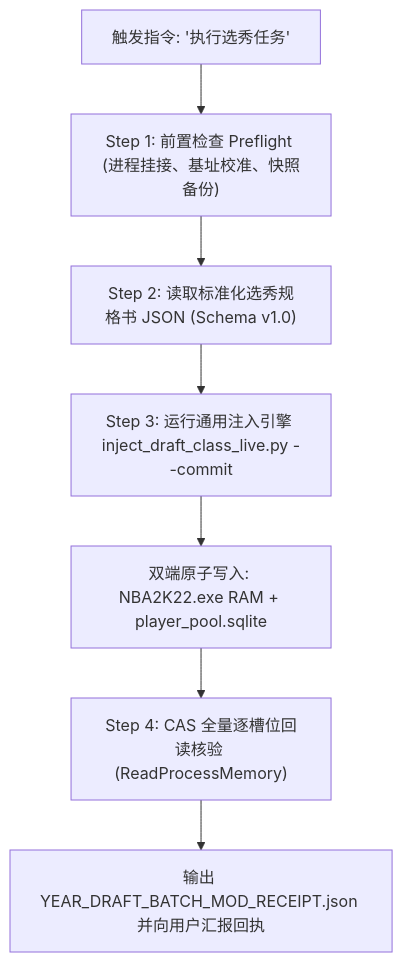
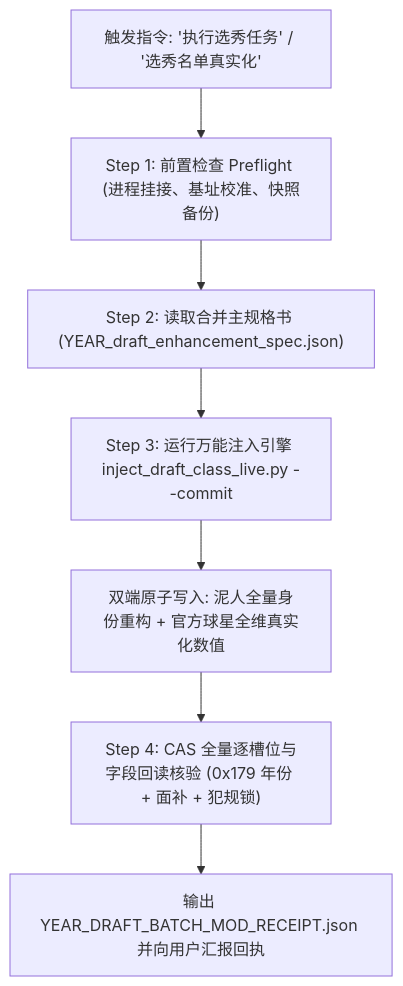
Before and after one commit to chris2gao/Cybernetic_City_State_OS_v2---nba2k22: the diagram in 08_Domain_Applications/Antigravity_GM_Engine/docs/41_HISTORICAL_DRAFT_CLASS_NATIVE_EXECUTION_SOP.md, drawn with Mermaid. The commit also changed other lines of this file and 4 other files, not shown here.

Commit message:
fix(draft-class): upgrade execution script v2.1, fix draft year offset 0x179, merge 21 veterans realism, enshrine protocol v2.2 and SOP v2.2

````diff
--- a/08_Domain_Applications/Antigravity_GM_Engine/docs/41_HISTORICAL_DRAFT_CLASS_NATIVE_EXECUTION_SOP.md
+++ b/08_Domain_Applications/Antigravity_GM_Engine/docs/41_HISTORICAL_DRAFT_CLASS_NATIVE_EXECUTION_SOP.md
@@ -48,9 +65,9 @@
 ```mermaid
 flowchart TD
-    A["触发指令: '执行选秀任务'"] --> B["Step 1: 前置检查 Preflight (进程挂接、基址校准、快照备份)"]
-    B --> C["Step 2: 读取标准化选秀规格书 JSON (Schema v1.0)"]
-    C --> D["Step 3: 运行通用注入引擎 inject_draft_class_live.py --commit"]
-    D --> E["双端原子写入: NBA2K22.exe RAM + player_pool.sqlite"]
-    E --> F["Step 4: CAS 全量逐槽位回读核验 (ReadProcessMemory)"]
+    A["触发指令: '执行选秀任务' / '选秀名单真实化'"] --> B["Step 1: 前置检查 Preflight (进程挂接、基址校准、快照备份)"]
+    B --> C["Step 2: 读取合并主规格书 (YEAR_draft_enhancement_spec.json)"]
+    C --> D["Step 3: 运行万能注入引擎 inject_draft_class_live.py --commit"]
+    D --> E["双端原子写入: 泥人全量身份重构 + 官方球星全维真实化数值"]
+    E --> F["Step 4: CAS 全量逐槽位与字段回读核验 (0x179 年份 + 面补 + 犯规锁)"]
     F --> G["输出 YEAR_DRAFT_BATCH_MOD_RECEIPT.json 并向用户汇报回执"]
 ```
````
